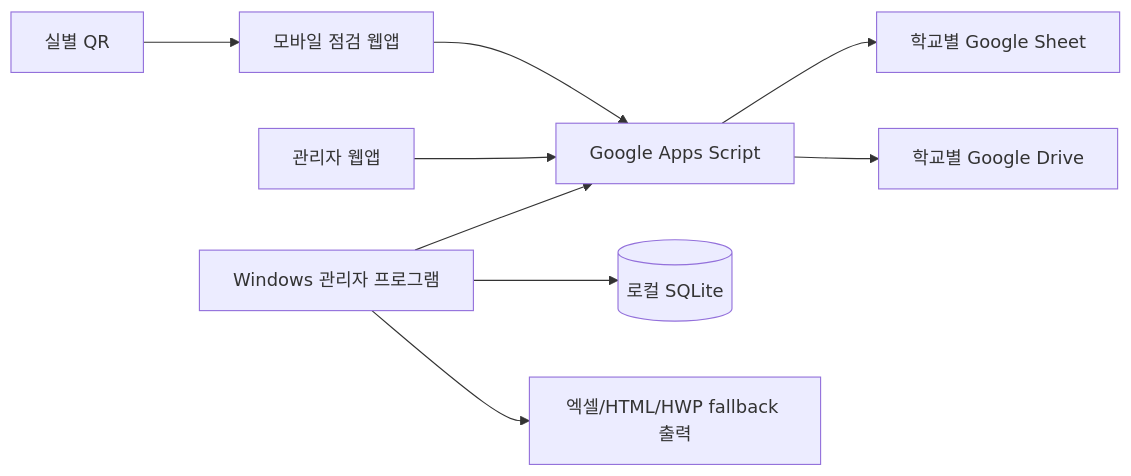
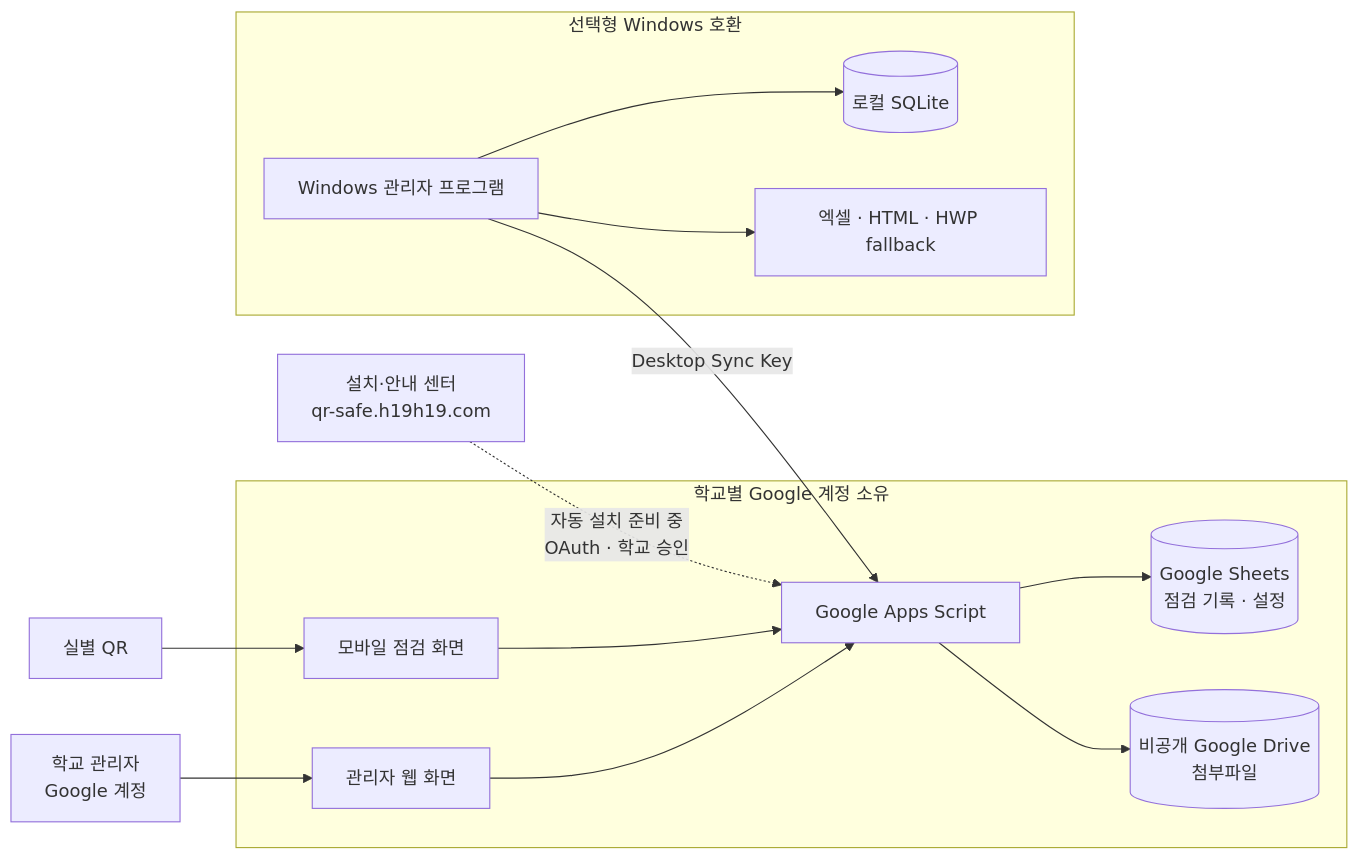
One commit to h19h29-design/QR-check changed the diagram in README.md. Above: the diagram before and after it, drawn with Mermaid. The commit also changed other lines of this file and 1 other file, not shown here.

Commit message:
docs: align README and architecture with school-owned web deployment

````diff
--- a/README.md
+++ b/README.md
@@ -11,11 +37,18 @@
 ```mermaid
 flowchart LR
-  QR[실별 QR] --> Mobile[모바일 점검 웹앱]
-  Mobile --> GAS[Google Apps Script]
-  GAS --> Sheet[학교별 Google Sheet]
-  GAS --> Drive[학교별 Google Drive]
-  AdminWeb[관리자 웹앱] --> GAS
-  Desktop[Windows 관리자 프로그램] --> GAS
-  Desktop --> SQLite[(로컬 SQLite)]
-  Desktop --> Print[엑셀/HTML/HWP fallback 출력]
+  Site["설치·안내 센터<br/>qr-safe.h19h19.com"]
+  QR["실별 QR"] --> Mobile
+  Admin["학교 관리자<br/>Google 계정"] --> AdminWeb
+  Site -. "자동 설치 준비 중<br/>OAuth · 학교 승인" .-> GAS
+  subgraph School["학교별 Google 계정 소유"]
+    Mobile["모바일 점검 화면"] --> GAS["Google Apps Script"]
+    AdminWeb["관리자 웹 화면"] --> GAS
+    GAS --> Sheet[("Google Sheets<br/>점검 기록 · 설정")]
+    GAS --> Drive[("비공개 Google Drive<br/>첨부파일")]
+  end
+  subgraph Optional["선택형 Windows 호환"]
+    Desktop["Windows 관리자 프로그램"] --> SQLite[("로컬 SQLite")]
+    Desktop --> Export["엑셀 · HTML · HWP fallback"]
+  end
+  Desktop -- "Desktop Sync Key" --> GAS
 ```
````
